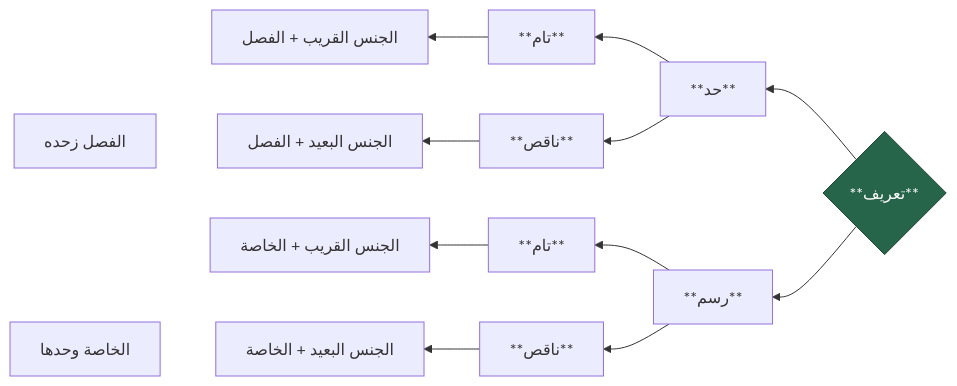
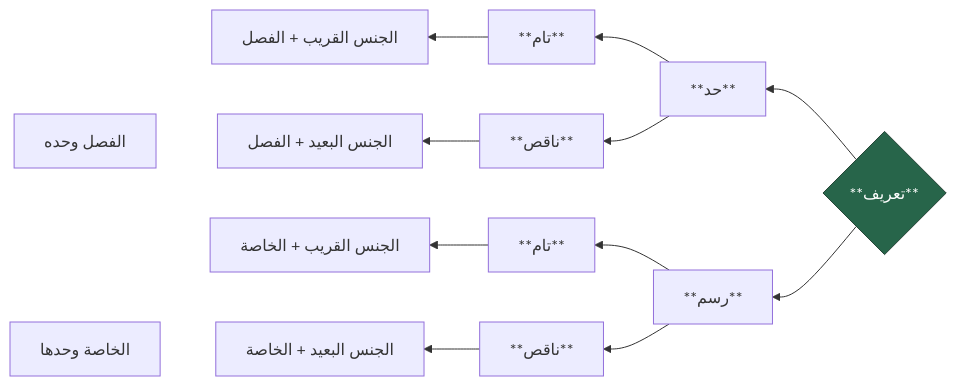
The diagram in content/Ta'rif.md (haret-rum/mantiq), drawn with Mermaid before and after one commit. The commit also changed other lines of this file and 1 other file, not shown here.

````diff
--- a/content/Ta'rif.md
+++ b/content/Ta'rif.md
@@ -54,29 +54,29 @@
 ```mermaid
 flowchart RL
 
     A["**تعريف**"] --> n1["**حد**"] & n2["**رسم**"]
 
     n1 --> n3["**تام**"] & n4["**ناقص**"]
 
     n2 --> n5["**تام**"] & n6["**ناقص**"]
 
     n3 --> n14["الجنس القريب + الفصل"]
 
     n4 --> n15["الجنس البعيد + الفصل"]
 
-    n15 ~~~ n16["الفصل زحده"]
+    n15 ~~~ n16["الفصل وحده"]
 
     n5 --> n17["الجنس القريب + الخاصة"]
 
     n6 --> n12["الجنس البعيد + الخاصة"]
 
     n12 ~~~ n13["الخاصة وحدها"]
 
   
 
     A@{ shape: diam}
 
      A:::Pine
 
     classDef Pine stroke-width:1px, stroke-dasharray:none, stroke:#254336, fill:#27654A, color:#FFFFFF
 ```
````
